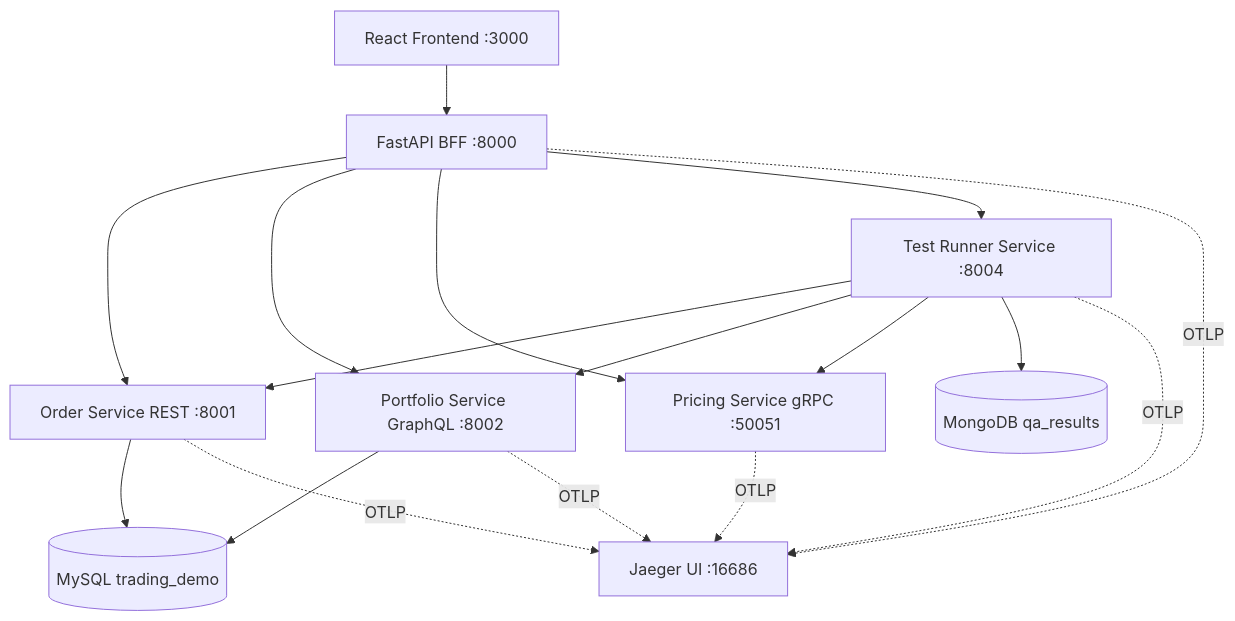
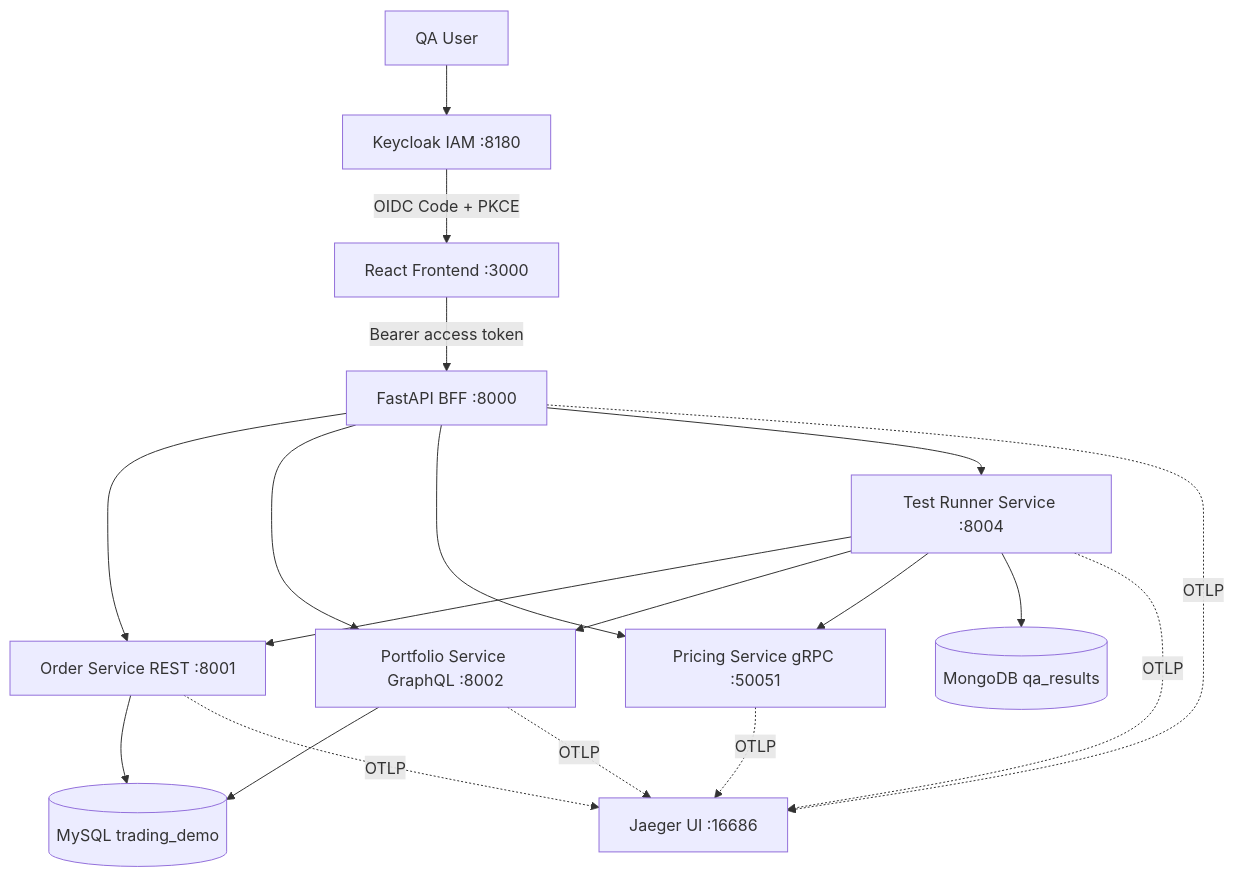
Before and after one commit to xxztony/APITestSharingDemo: the diagram in README.md, drawn with Mermaid. The commit also changed other lines of this file and 15 other files, not shown here.

````diff
--- a/README.md
+++ b/README.md
@@ -9,19 +9,21 @@
 ```mermaid
 flowchart TD
-  Frontend["React Frontend :3000"] --> BFF["FastAPI BFF :8000"]
+  User["QA User"] --> Keycloak["Keycloak IAM :8180"]
+  Keycloak -->|OIDC Code + PKCE| Frontend["React Frontend :3000"]
+  Frontend -->|Bearer access token| BFF["FastAPI BFF :8000"]
   BFF --> Orders["Order Service REST :8001"]
   BFF --> Portfolio["Portfolio Service GraphQL :8002"]
   BFF --> Pricing["Pricing Service gRPC :50051"]
   BFF --> Runner["Test Runner Service :8004"]
   Runner --> Orders
   Runner --> Portfolio
   Runner --> Pricing
   Orders --> MySQL[("MySQL trading_demo")]
   Portfolio --> MySQL
   Runner --> Mongo[("MongoDB qa_results")]
   BFF -. OTLP .-> Jaeger["Jaeger UI :16686"]
   Orders -. OTLP .-> Jaeger
   Portfolio -. OTLP .-> Jaeger
   Pricing -. OTLP .-> Jaeger
   Runner -. OTLP .-> Jaeger
 ```
````
